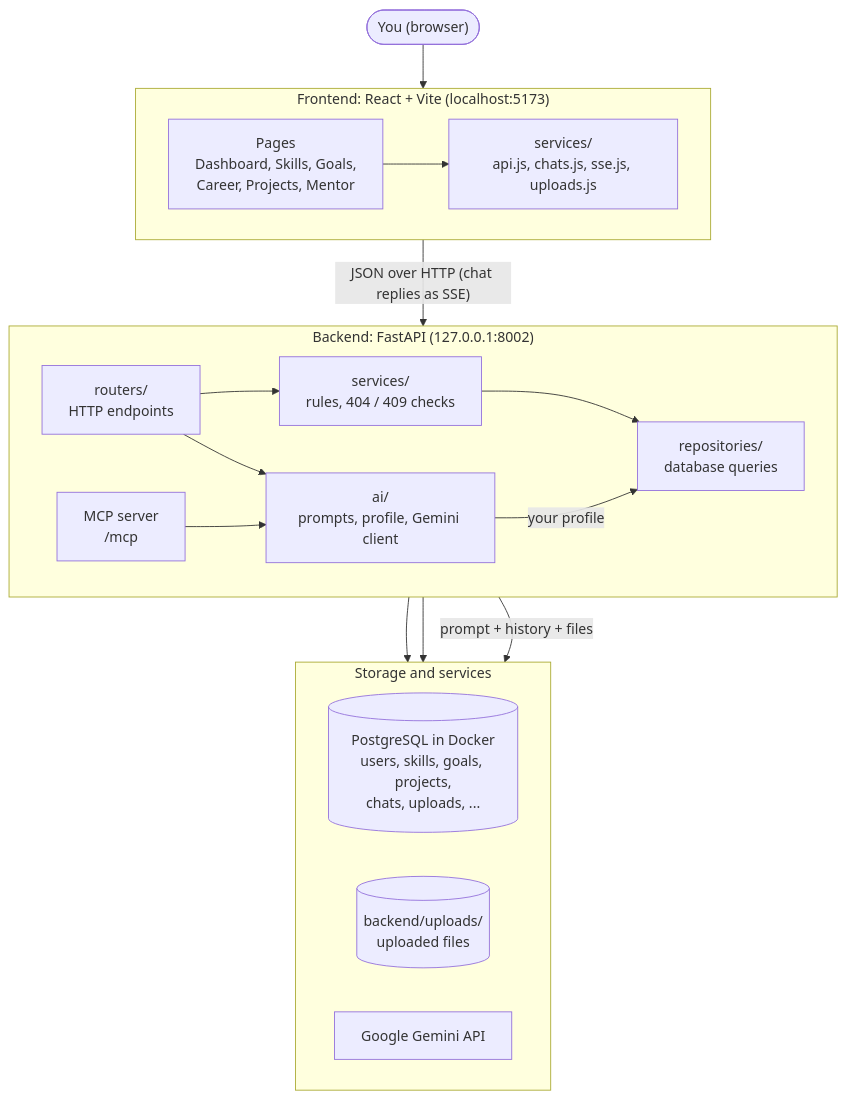
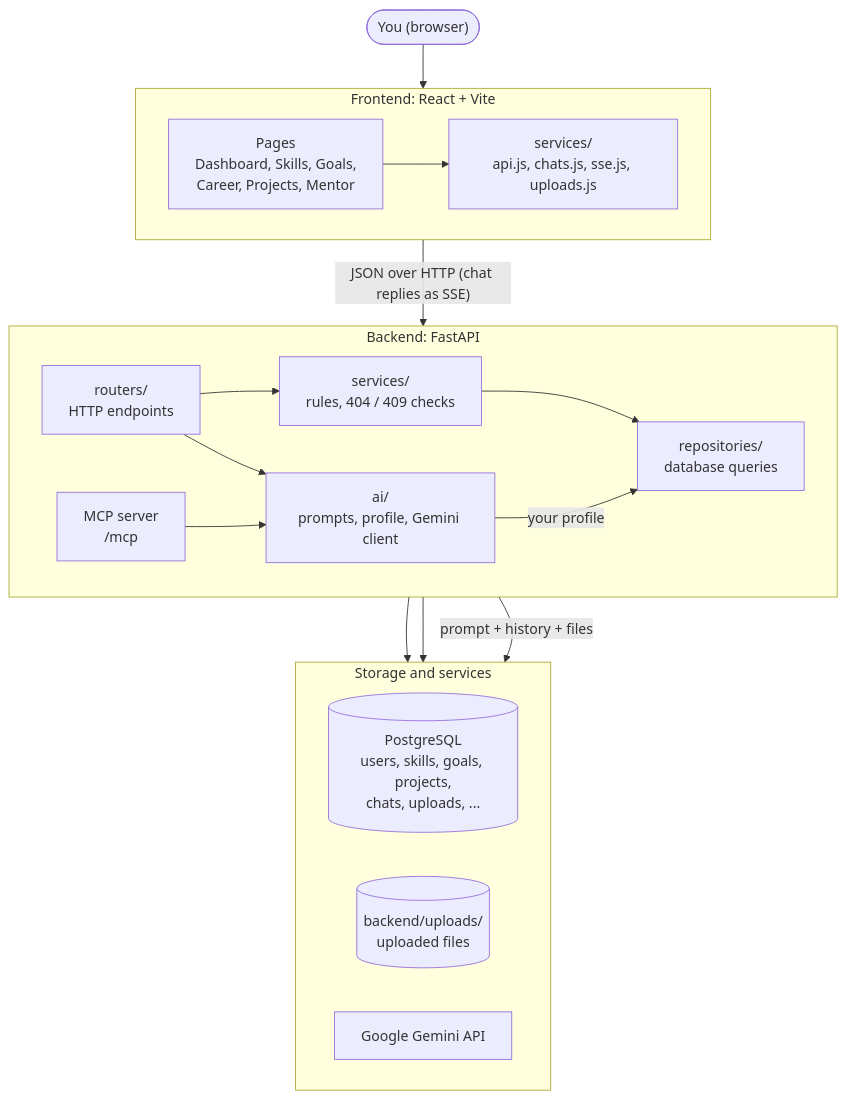
The first of 2 diagrams in README.md (Keerthi292/mentora-ai), drawn with Mermaid before and after one commit. The commit also changed other lines of this file, not shown here.

````diff
--- a/README.md
+++ b/README.md
@@ -82,30 +155,30 @@
 ```mermaid
 flowchart TB
     user(["You (browser)"])
 
-    subgraph FE["Frontend: React + Vite (localhost:5173)"]
+    subgraph FE["Frontend: React + Vite"]
         direction LR
         pages["Pages<br/>Dashboard, Skills, Goals,<br/>Career, Projects, Mentor"] --> services["services/<br/>api.js, chats.js, sse.js, uploads.js"]
     end
 
-    subgraph BE["Backend: FastAPI (127.0.0.1:8002)"]
+    subgraph BE["Backend: FastAPI"]
         direction LR
         routers["routers/<br/>HTTP endpoints"] --> svc["services/<br/>rules, 404 / 409 checks"] --> repos["repositories/<br/>database queries"]
         routers --> ai["ai/<br/>prompts, profile, Gemini client"]
         mcp["MCP server<br/>/mcp"] --> ai
         ai -- "your profile" --> repos
     end
 
     subgraph EXT["Storage and services"]
         direction LR
-        db[("PostgreSQL in Docker<br/>users, skills, goals, projects,<br/>chats, uploads, ...")]
+        db[("PostgreSQL<br/>users, skills, goals, projects,<br/>chats, uploads, ...")]
         files[("backend/uploads/<br/>uploaded files")]
         gemini["Google Gemini API"]
     end
 
     user --> FE
     services -- "JSON over HTTP (chat replies as SSE)" --> routers
     repos --> db
     svc --> files
     ai -- "prompt + history + files" --> gemini
 ```
````
